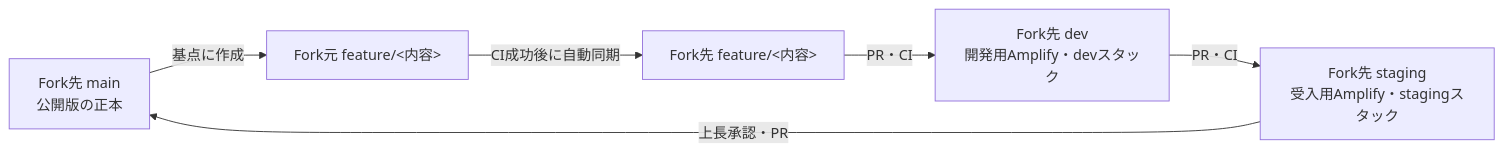
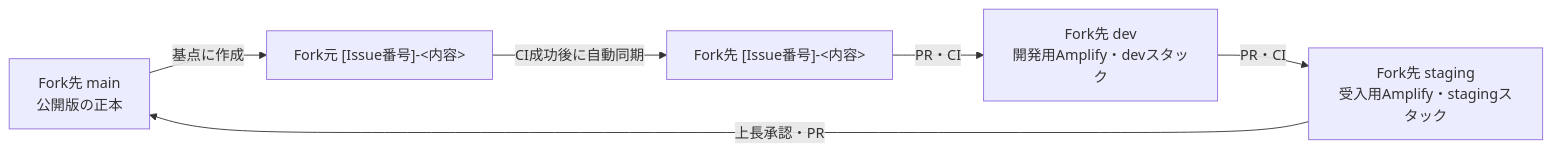
One commit to DaisukeShirai/RENO changed the diagram in docs/workflows/environment-workflow.md. Above: the diagram before and after it, drawn with Mermaid. The commit also changed other lines of this file and 3 other files, not shown here.

````diff
--- a/docs/workflows/environment-workflow.md
+++ b/docs/workflows/environment-workflow.md
@@ -22,8 +22,8 @@
 ```mermaid
 flowchart LR
-  FM["Fork先 main\n公開版の正本"] -->|"基点に作成"| OF["Fork元 feature/<内容>"]
-  OF -->|"CI成功後に自動同期"| FF["Fork先 feature/<内容>"]
+  FM["Fork先 main\n公開版の正本"] -->|"基点に作成"| OF["Fork元 [Issue番号]-<内容>"]
+  OF -->|"CI成功後に自動同期"| FF["Fork先 [Issue番号]-<内容>"]
   FF -->|"PR・CI"| D["Fork先 dev\n開発用Amplify・devスタック"]
   D -->|"PR・CI"| S["Fork先 staging\n受入用Amplify・stagingスタック"]
   S -->|"上長承認・PR"| FM
 ```
````
